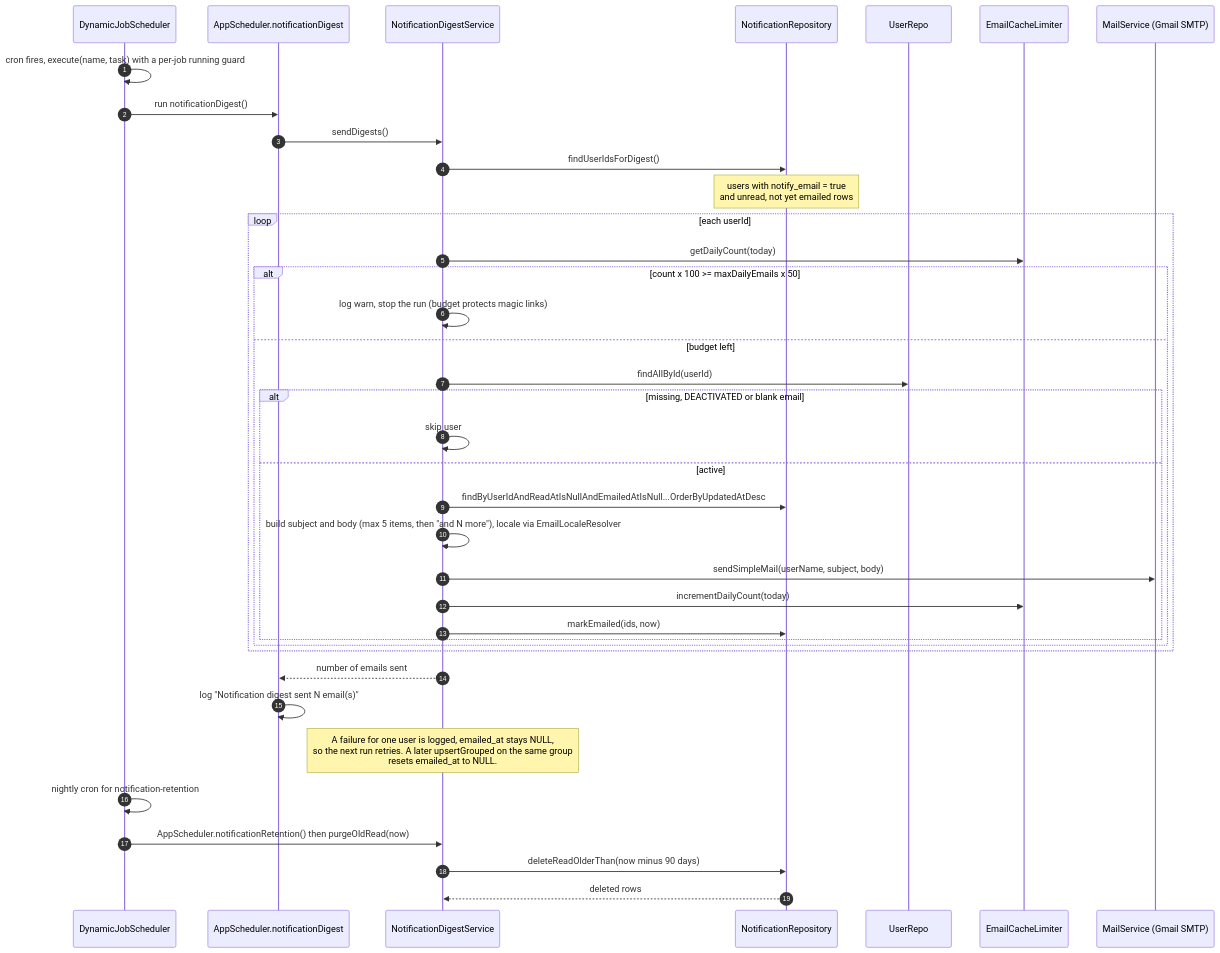
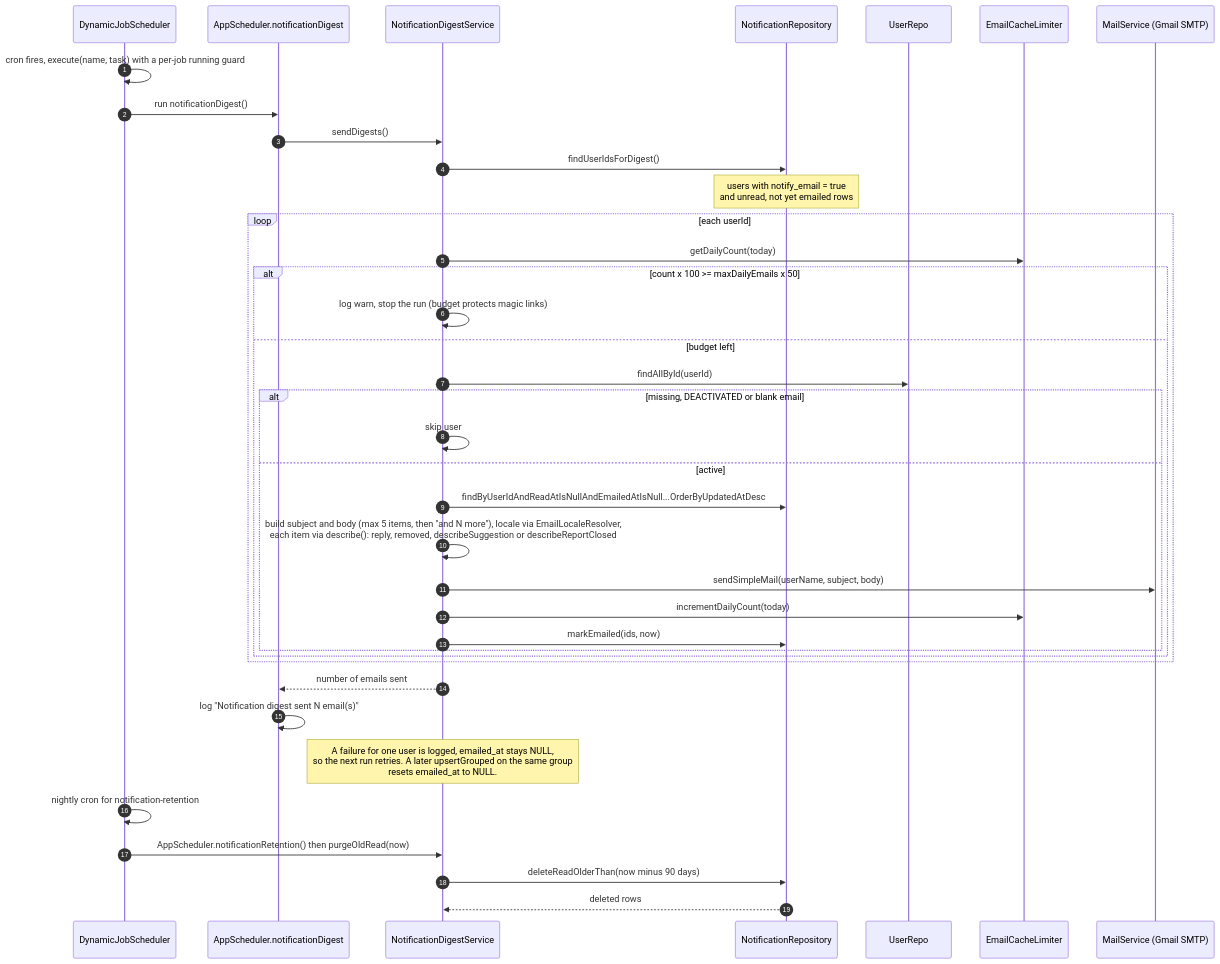
One commit to nguyenhuuca/assessment changed the fifth of 5 diagrams in docs/sequence/sequence-user-notifications.md. Above: the diagram before and after it, drawn with Mermaid. The commit also changed other lines of this file and 16 other files, not shown here.

First line of the commit message:
docs(sequence): bring all sequence diagrams in line with the current code

````diff
--- a/docs/sequence/sequence-user-notifications.md
+++ b/docs/sequence/sequence-user-notifications.md
@@ -190,42 +192,42 @@
 ```mermaid
 sequenceDiagram
     autonumber
     participant D as DynamicJobScheduler
     participant J as AppScheduler.notificationDigest
     participant DS as NotificationDigestService
     participant NR as NotificationRepository
     participant UR as UserRepo
     participant EL as EmailCacheLimiter
     participant M as MailService (Gmail SMTP)
 
     D->>D: cron fires, execute(name, task) with a per-job running guard
     D->>J: run notificationDigest()
     J->>DS: sendDigests()
     DS->>NR: findUserIdsForDigest()
     Note over NR: users with notify_email = true<br/>and unread, not yet emailed rows
     loop each userId
         DS->>EL: getDailyCount(today)
         alt count x 100 >= maxDailyEmails x 50
             DS->>DS: log warn, stop the run (budget protects magic links)
         else budget left
             DS->>UR: findAllById(userId)
             alt missing, DEACTIVATED or blank email
                 DS->>DS: skip user
             else active
                 DS->>NR: findByUserIdAndReadAtIsNullAndEmailedAtIsNull...OrderByUpdatedAtDesc
-                DS->>DS: build subject and body (max 5 items, then "and N more"), locale via EmailLocaleResolver
+                DS->>DS: build subject and body (max 5 items, then "and N more"), locale via EmailLocaleResolver,<br/>each item via describe(): reply, removed, describeSuggestion or describeReportClosed
                 DS->>M: sendSimpleMail(userName, subject, body)
                 DS->>EL: incrementDailyCount(today)
                 DS->>NR: markEmailed(ids, now)
             end
         end
     end
     DS-->>J: number of emails sent
     J->>J: log "Notification digest sent N email(s)"
     Note over DS: A failure for one user is logged, emailed_at stays NULL,<br/>so the next run retries. A later upsertGrouped on the same group<br/>resets emailed_at to NULL.
 
     D->>D: nightly cron for notification-retention
     D->>DS: AppScheduler.notificationRetention() then purgeOldRead(now)
     DS->>NR: deleteReadOlderThan(now minus 90 days)
     NR-->>DS: deleted rows
 ```
````
